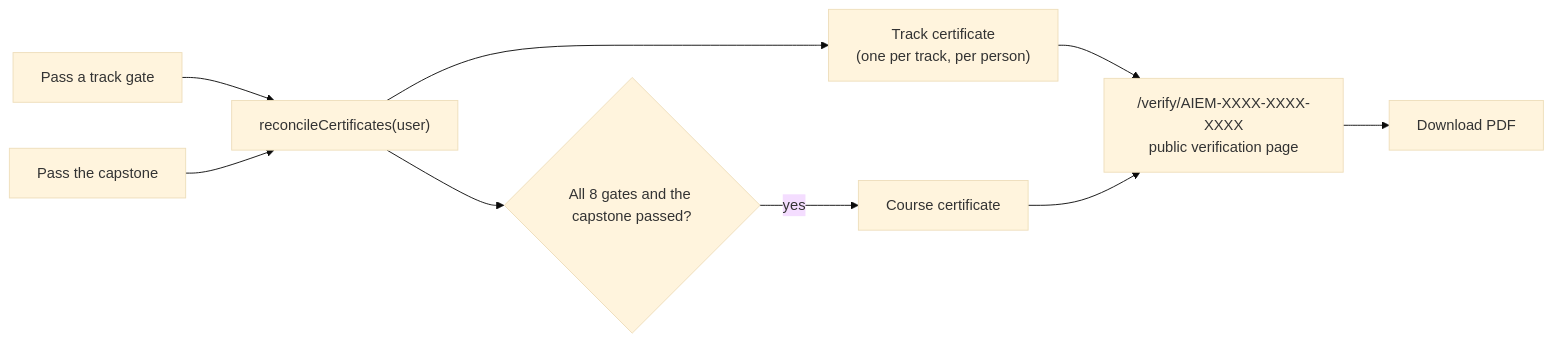
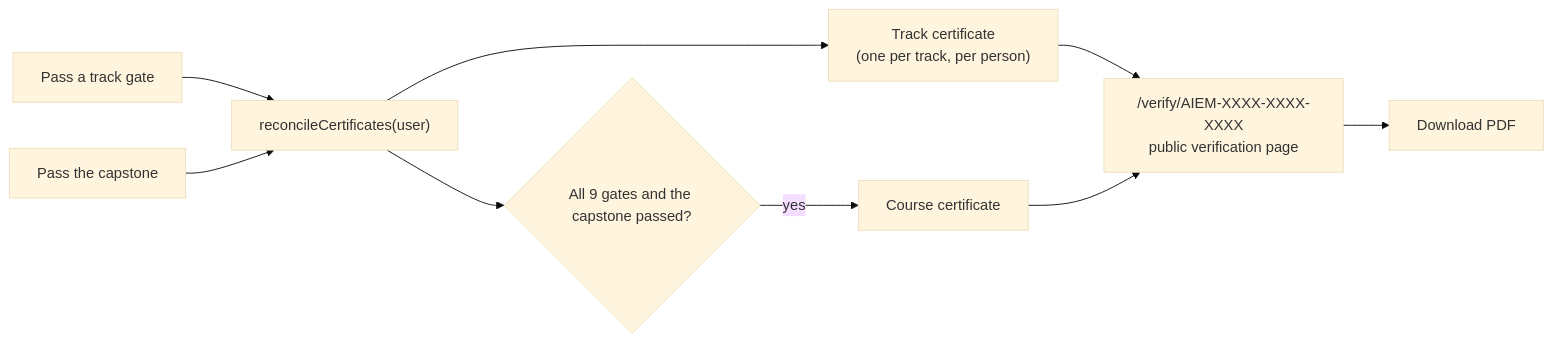
Before and after one commit to sairaghukiran14/AIEM: the first of 5 diagrams in README.md, drawn with Mermaid (base theme). The commit also changed other lines of this file and 16 other files, not shown here.

````diff
--- a/README.md
+++ b/README.md
@@ -116,11 +117,11 @@
 ```mermaid
 flowchart LR
     G["Pass a track gate"] --> R["reconcileCertificates(user)"]
     CAP["Pass the capstone"] --> R
     R --> T["Track certificate<br/>(one per track, per person)"]
-    R --> C{"All 8 gates and the capstone passed?"}
+    R --> C{"All 9 gates and the capstone passed?"}
     C -- yes --> K["Course certificate"]
     T --> V["/verify/AIEM-XXXX-XXXX-XXXX<br/>public verification page"]
     K --> V
     V --> P["Download PDF"]
 ```
````
